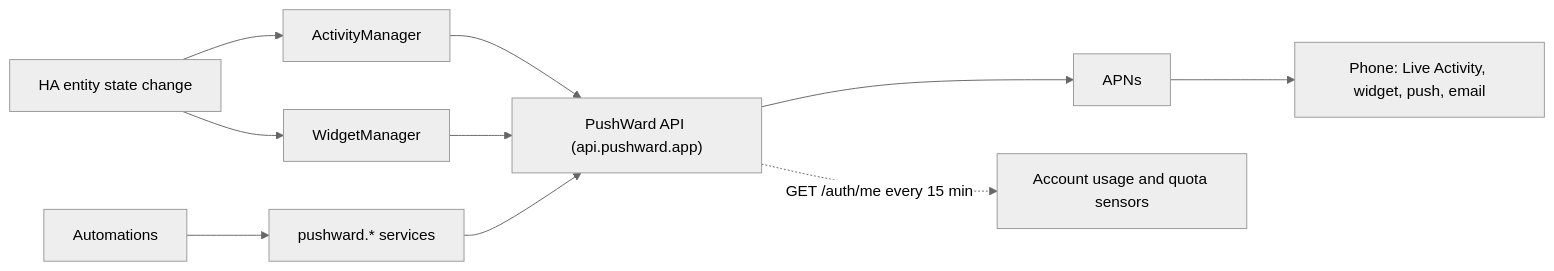
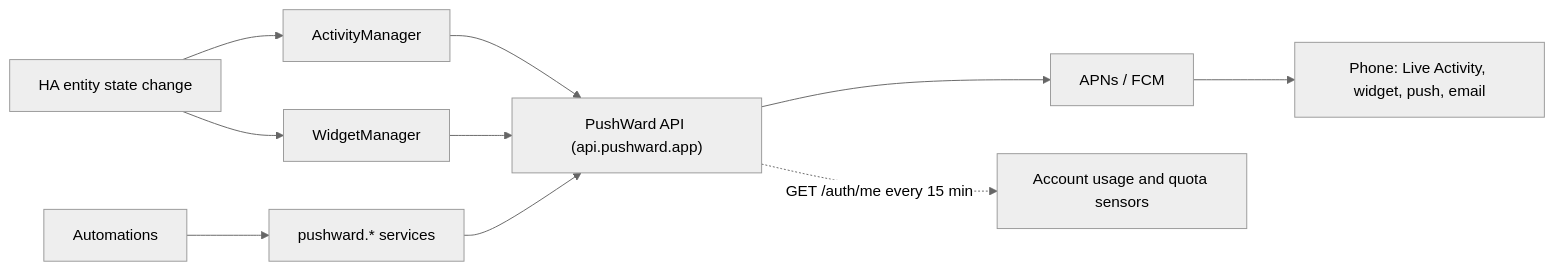
One commit to mac-lucky/pushward-hass changed the diagram in README.md. Above: the diagram before and after it, drawn with Mermaid (neutral theme). The commit also changed other lines of this file, not shown here.

````diff
--- a/README.md
+++ b/README.md
@@ -35,22 +36,22 @@
 ```mermaid
 flowchart LR
     HA["HA entity state change"]
     AUTO["Automations"]
     AM["ActivityManager"]
     WM["WidgetManager"]
     SVC["pushward.* services"]
     API["PushWard API (api.pushward.app)"]
-    APNS["APNs"]
+    APNS["APNs / FCM"]
     PHONE["Phone: Live Activity, widget, push, email"]
     SENS["Account usage and quota sensors"]
 
     HA --> AM
     HA --> WM
     AUTO --> SVC
     AM --> API
     WM --> API
     SVC --> API
     API --> APNS
     APNS --> PHONE
     API -.->|"GET /auth/me every 15 min"| SENS
 ```
````
